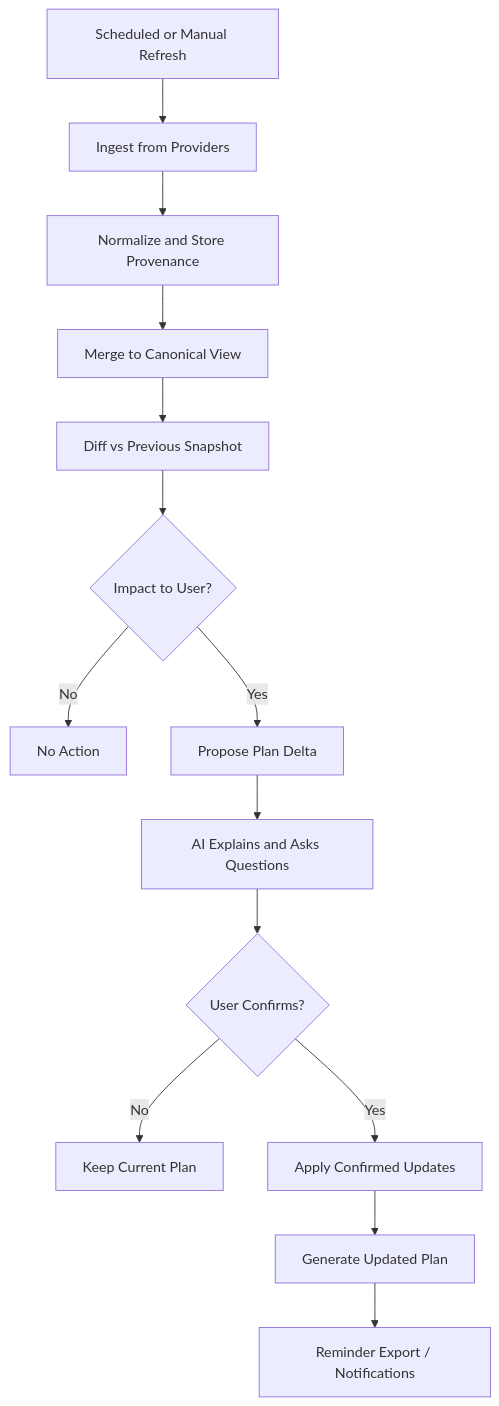
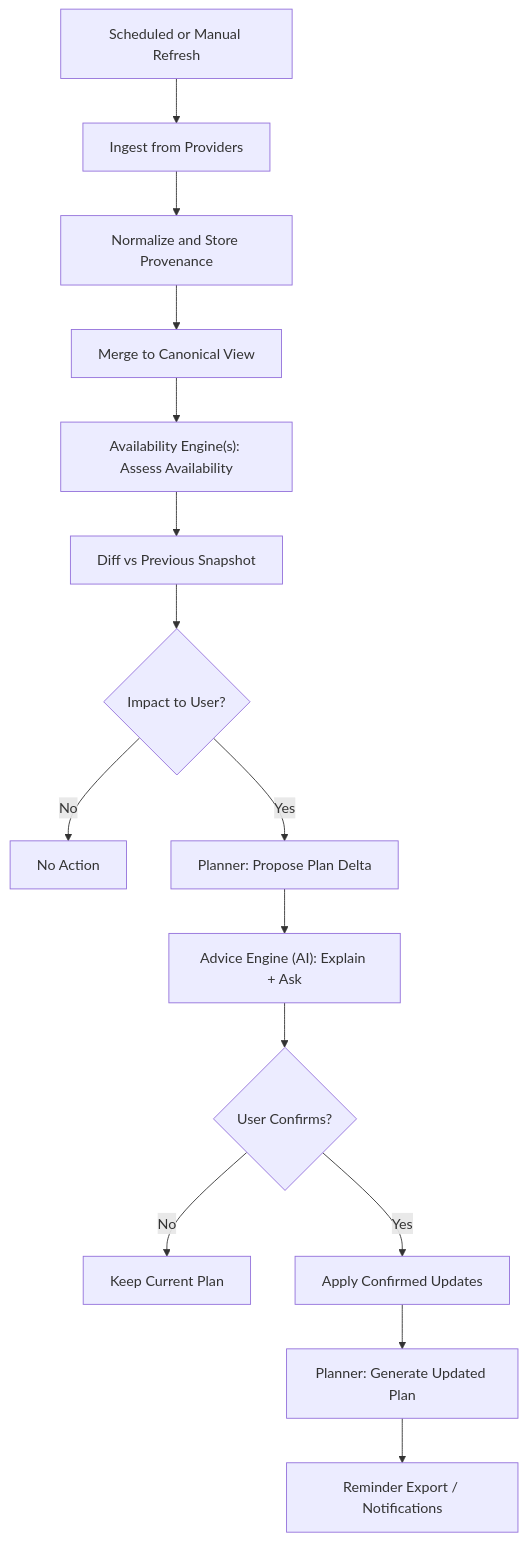
One commit to jmgrimp/psma changed the diagram in docs/technical/04-Data-Flow-and-Events.md. Above: the diagram before and after it, drawn with Mermaid. The commit also changed other lines of this file and 8 other files, not shown here.

````diff
--- a/docs/technical/04-Data-Flow-and-Events.md
+++ b/docs/technical/04-Data-Flow-and-Events.md
@@ -27,16 +27,17 @@
 ```mermaid
 flowchart TD
   A["Scheduled or Manual Refresh"] --> B["Ingest from Providers"];
   B --> C["Normalize and Store Provenance"];
   C --> D["Merge to Canonical View"];
-  D --> E["Diff vs Previous Snapshot"];
-  E --> F{"Impact to User?"};
-  F -- "No" --> G["No Action"];
-  F -- "Yes" --> H["Propose Plan Delta"];
-  H --> I["AI Explains and Asks Questions"];
-  I --> J{"User Confirms?"};
-  J -- "No" --> K["Keep Current Plan"];
-  J -- "Yes" --> L["Apply Confirmed Updates"];
-  L --> M["Generate Updated Plan"];
-  M --> N["Reminder Export / Notifications"];
+  D --> E["Availability Engine(s): Assess Availability"];
+  E --> F["Diff vs Previous Snapshot"];
+  F --> G{"Impact to User?"};
+  G -- "No" --> H["No Action"];
+  G -- "Yes" --> I["Planner: Propose Plan Delta"];
+  I --> J["Advice Engine (AI): Explain + Ask"];
+  J --> K{"User Confirms?"};
+  K -- "No" --> L["Keep Current Plan"];
+  K -- "Yes" --> M["Apply Confirmed Updates"];
+  M --> N["Planner: Generate Updated Plan"];
+  N --> O["Reminder Export / Notifications"];
 ```
````
